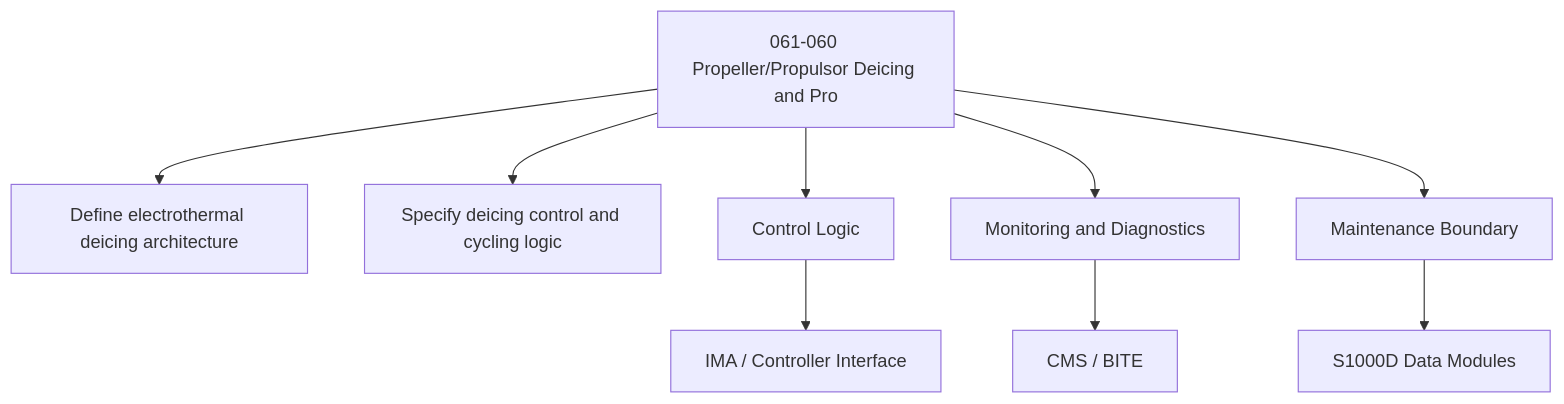
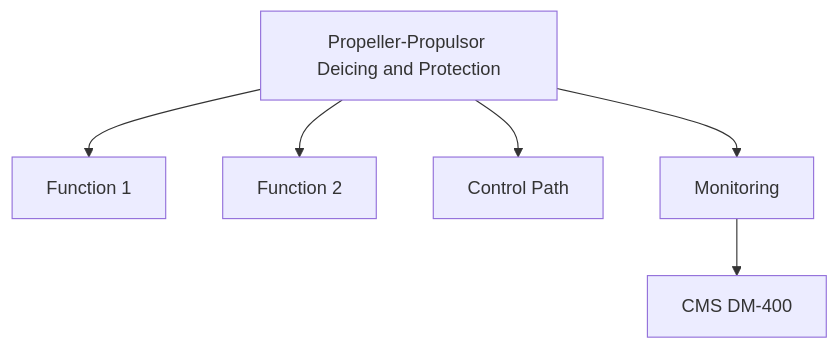
One commit to AmedeoPelliccia/Qplus-For-All-Queer-People-and-Quantum changed the second of 2 diagrams in Q+ATLANTIDE/000-099_ATLAS/060-069_Propulsion-Tradicional/061_Propellers-and-Propulsors/061-060-Propeller-Propulsor-Deicing-and-Protection.md. Above: the diagram before and after it, drawn with Mermaid. The commit also changed other lines of this file and 74 other files, not shown here.

````diff
--- a/Q+ATLANTIDE/000-099_ATLAS/060-069_Propulsion-Tradicional/061_Propellers-and-Propulsors/061-060-Propeller-Propulsor-Deicing-and-Protection.md
+++ b/Q+ATLANTIDE/000-099_ATLAS/060-069_Propulsion-Tradicional/061_Propellers-and-Propulsors/061-060-Propeller-Propulsor-Deicing-and-Protection.md
@@ -172,11 +105,8 @@
 ```mermaid
 flowchart TB
-    SYS[061-060 Propeller/Propulsor Deicing and Pro] --> F1[Define electrothermal deicing architecture]
-    SYS --> F2[Specify deicing control and cycling logic]
-    SYS --> CTRL[Control Logic]
-    SYS --> MON[Monitoring and Diagnostics]
-    SYS --> MAINT[Maintenance Boundary]
-    CTRL --> IMA[IMA / Controller Interface]
-    MON --> CMS[CMS / BITE]
-    MAINT --> CSDB[S1000D Data Modules]
+    SYS[Propeller-Propulsor Deicing and Protection] --> F1[Function 1]
+    SYS --> F2[Function 2]
+    SYS --> CTRL[Control Path]
+    SYS --> MON[Monitoring]
+    MON --> CMS[CMS DM-400]
 ```
````
